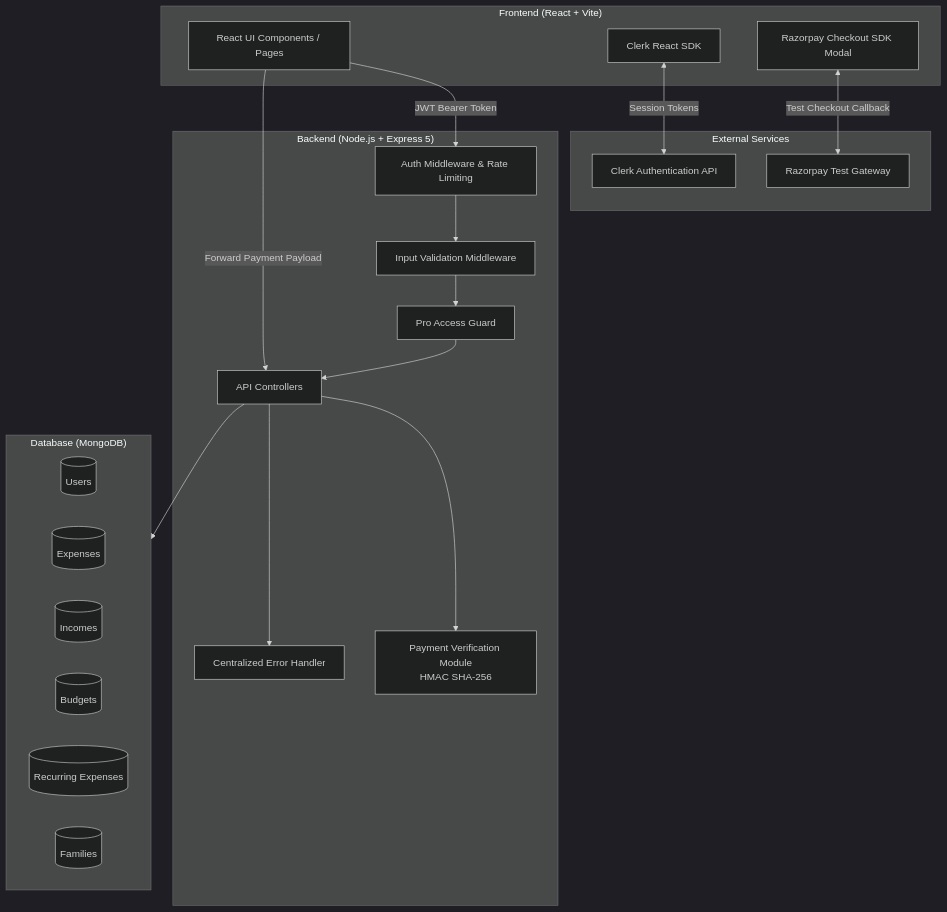
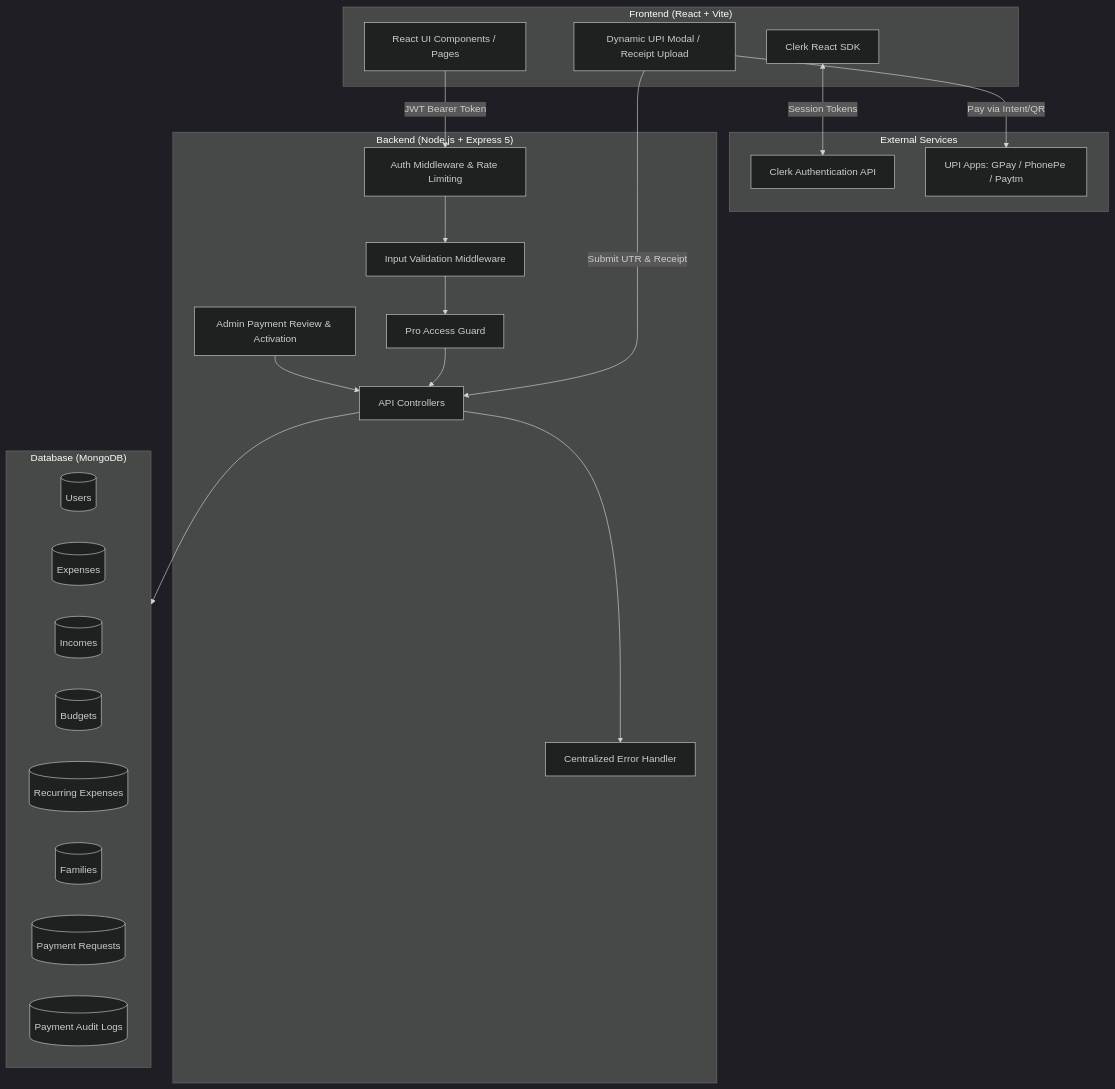
One commit to Meetpatel2511/Expense_Tracker changed the diagram in README.md. Above: the diagram before and after it, drawn with Mermaid (dark theme). The commit also changed other lines of this file and 19 other files, not shown here.

Commit message:
feat: remove Razorpay payment integration

````diff
--- a/README.md
+++ b/README.md
@@ -92,43 +94,45 @@
 ```mermaid
 flowchart TD
     subgraph Client["Frontend (React + Vite)"]
         UI[React UI Components / Pages]
         AuthClient[Clerk React SDK]
-        RzpModal[Razorpay Checkout SDK Modal]
+        UpiModal[Dynamic UPI Modal / Receipt Upload]
     end
 
     subgraph AuthProvider["External Services"]
         ClerkAuth[Clerk Authentication API]
-        RzpGateway[Razorpay Test Gateway]
+        UpiApp[UPI Apps: GPay / PhonePe / Paytm]
     end
 
     subgraph Server["Backend (Node.js + Express 5)"]
         Middleware[Auth Middleware & Rate Limiting]
         Validation[Input Validation Middleware]
         ProGuard[Pro Access Guard]
         ErrorHandler[Centralized Error Handler]
         Controllers[API Controllers]
-        VerifyModule[Payment Verification Module\nHMAC SHA-256]
+        AdminApproval[Admin Payment Review & Activation]
     end
 
     subgraph Database["Database (MongoDB)"]
         UserCol[(Users)]
         ExpenseCol[(Expenses)]
         IncomeCol[(Incomes)]
         BudgetCol[(Budgets)]
         RecurCol[(Recurring Expenses)]
         FamilyCol[(Families)]
+        PaymentReqCol[(Payment Requests)]
+        AuditCol[(Payment Audit Logs)]
     end
 
     UI -->|JWT Bearer Token| Middleware
     AuthClient <-->|Session Tokens| ClerkAuth
-    RzpModal <-->|Test Checkout Callback| RzpGateway
-    UI -->|Forward Payment Payload| Controllers
+    UpiModal -->|Pay via Intent/QR| UpiApp
+    UpiModal -->|Submit UTR & Receipt| Controllers
 
     Middleware --> Validation
     Validation --> ProGuard
     ProGuard --> Controllers
-    Controllers --> VerifyModule
+    AdminApproval --> Controllers
     Controllers --> Database
     Controllers --> ErrorHandler
 ```
````
